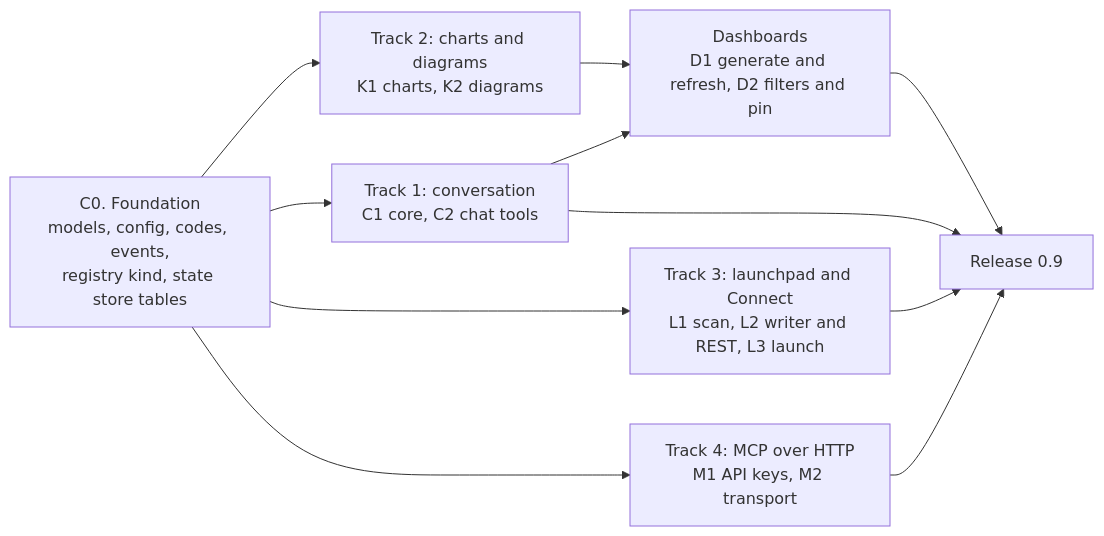
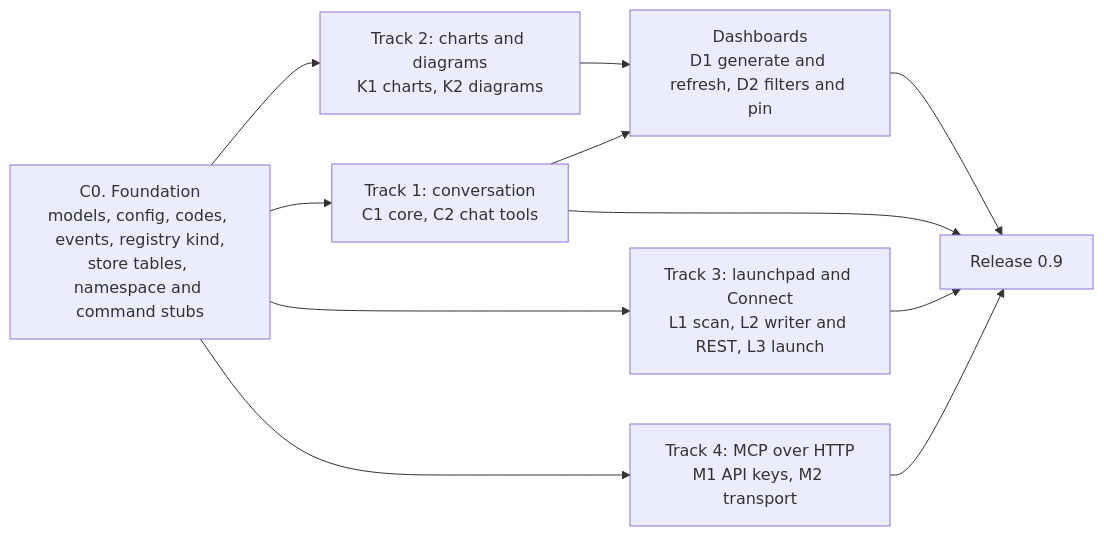
Before and after one commit to nadeem4/nl2sql: the first of 4 diagrams in docs/architecture/wave_c.md, drawn with Mermaid. The commit also changed other lines of this file, not shown here.

Commit message:
docs(architecture): Wave C design, review fixes and alignment with Waves A and B

````diff
--- a/docs/architecture/wave_c.md
+++ b/docs/architecture/wave_c.md
@@ -135,14 +140,14 @@
 ```mermaid
 flowchart LR
-  C0["C0. Foundation<br/>models, config, codes, events,<br/>registry kind, state store tables"]
+  C0["C0. Foundation<br/>models, config, codes, events, registry kind,<br/>store tables, namespace and command stubs"]
   C0 --> T1["Track 1: conversation<br/>C1 core, C2 chat tools"]
   C0 --> T2["Track 2: charts and diagrams<br/>K1 charts, K2 diagrams"]
   C0 --> T3["Track 3: launchpad and Connect<br/>L1 scan, L2 writer and REST, L3 launch"]
   C0 --> T4["Track 4: MCP over HTTP<br/>M1 API keys, M2 transport"]
   T2 --> D["Dashboards<br/>D1 generate and refresh, D2 filters and pin"]
   T1 --> D
   D --> REL["Release 0.9"]
   T1 --> REL
   T3 --> REL
   T4 --> REL
 ```
````
